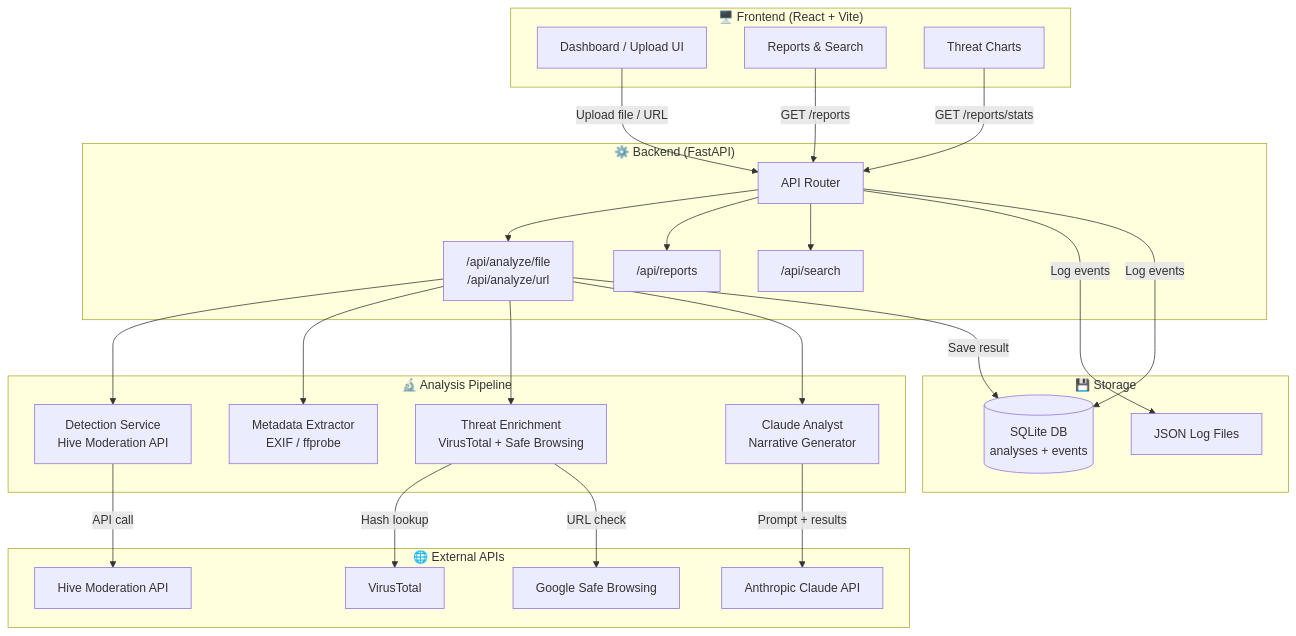
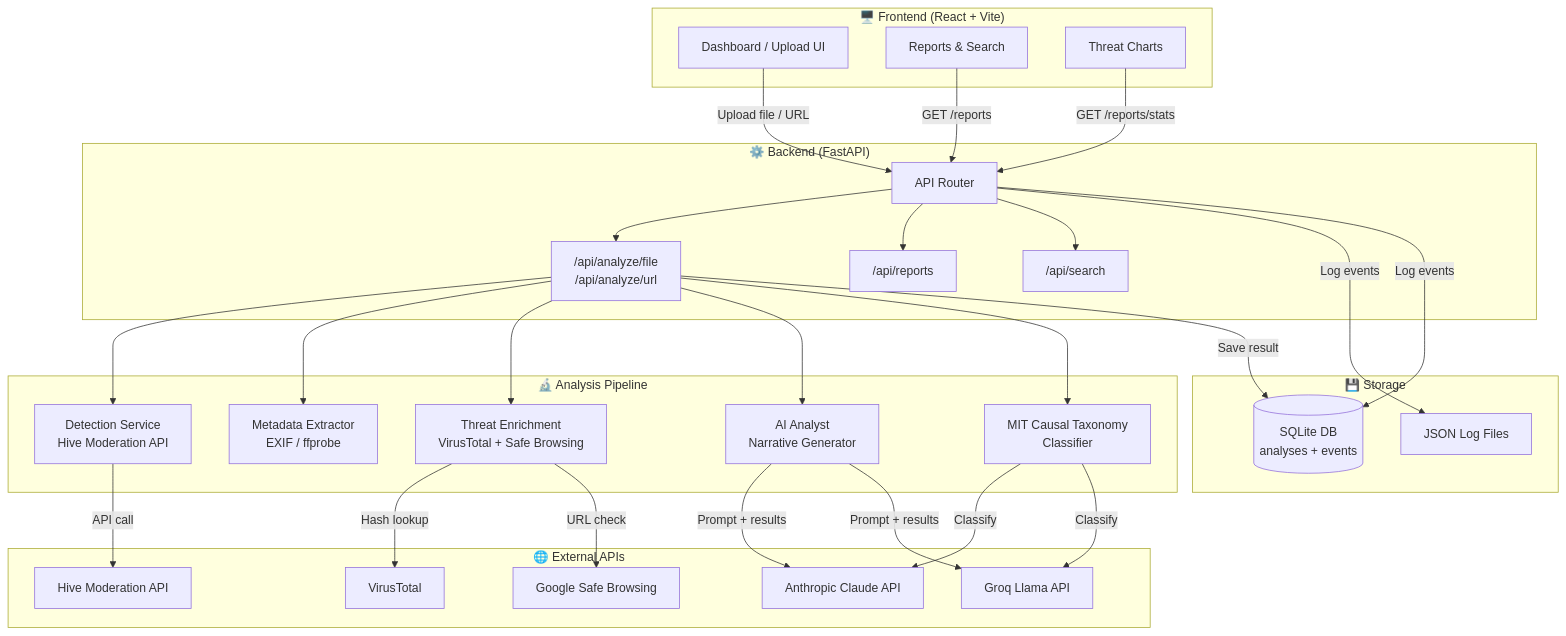
Before and after one commit to IS492-SP26/team-project-deepfakes: the diagram in Sentinel Application/docs/architecture.md, drawn with Mermaid. The commit also changed other lines of this file and 5 other files, not shown here.

First line of the commit message:
docs: update documentation for MIT Causal Taxonomy and multi-model features

````diff
--- a/Sentinel Application/docs/architecture.md
+++ b/Sentinel Application/docs/architecture.md
@@ -11,56 +11,62 @@
 ```mermaid
 flowchart TB
     subgraph Client["🖥️ Frontend (React + Vite)"]
         UI[Dashboard / Upload UI]
         Reports[Reports & Search]
         Charts[Threat Charts]
     end
 
     subgraph API["⚙️ Backend (FastAPI)"]
         Router[API Router]
         AnalyzeEndpoint["/api/analyze/file\n/api/analyze/url"]
         ReportsEndpoint["/api/reports"]
         SearchEndpoint["/api/search"]
     end
 
     subgraph Pipeline["🔬 Analysis Pipeline"]
         Detection[Detection Service\nHive Moderation API]
         Metadata[Metadata Extractor\nEXIF / ffprobe]
         Enrichment[Threat Enrichment\nVirusTotal + Safe Browsing]
-        Narrative[Claude Analyst\nNarrative Generator]
+        Narrative[AI Analyst\nNarrative Generator]
+        Taxonomy[MIT Causal Taxonomy\nClassifier]
     end
 
     subgraph Storage["💾 Storage"]
         SQLite[(SQLite DB\nanalyses + events)]
         Logs[JSON Log Files]
     end
 
     subgraph External["🌐 External APIs"]
         HiveAPI[Hive Moderation API]
         VT[VirusTotal]
         GSB[Google Safe Browsing]
         Anthropic[Anthropic Claude API]
+        GroqAPI[Groq Llama API]
     end
 
     UI -->|Upload file / URL| Router
     Reports -->|GET /reports| Router
     Charts -->|GET /reports/stats| Router
 
     Router --> AnalyzeEndpoint
     Router --> ReportsEndpoint
     Router --> SearchEndpoint
 
     AnalyzeEndpoint --> Detection
     AnalyzeEndpoint --> Metadata
     AnalyzeEndpoint --> Enrichment
     AnalyzeEndpoint --> Narrative
+    AnalyzeEndpoint --> Taxonomy
 
     Detection -->|API call| HiveAPI
     Enrichment -->|Hash lookup| VT
     Enrichment -->|URL check| GSB
     Narrative -->|Prompt + results| Anthropic
+    Narrative -->|Prompt + results| GroqAPI
+    Taxonomy -->|Classify| Anthropic
+    Taxonomy -->|Classify| GroqAPI
 
     AnalyzeEndpoint -->|Save result| SQLite
     Router -->|Log events| Logs
     Router -->|Log events| SQLite
 ```
````
